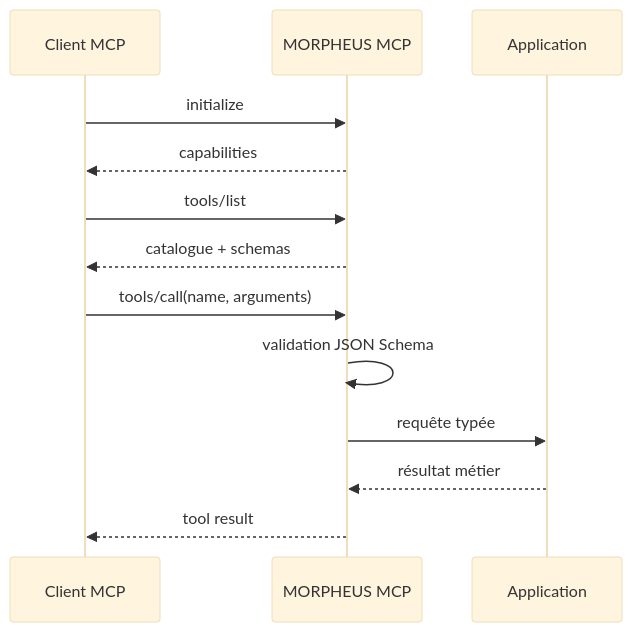
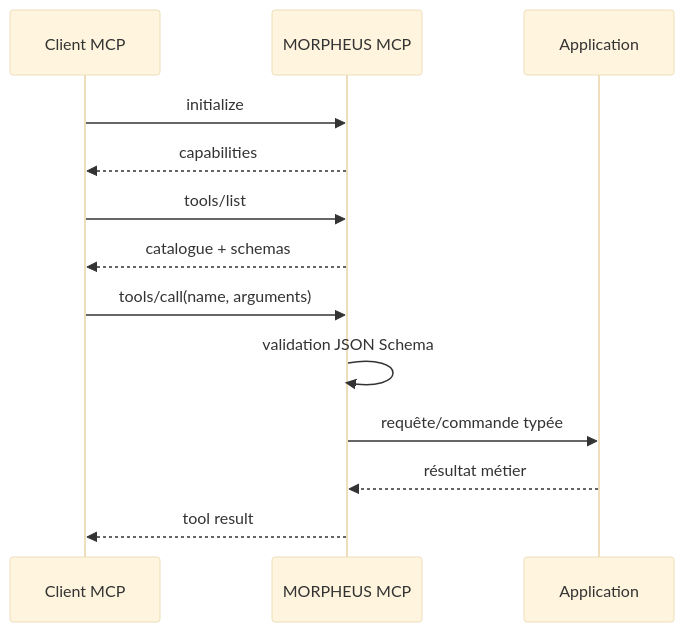
The second of 5 diagrams in docs/developer/MCP.md (FTurleque/morpheus-engine), drawn with Mermaid (base theme) before and after one commit. The commit also changed other lines of this file, not shown here.

````diff
--- a/docs/developer/MCP.md
+++ b/docs/developer/MCP.md
@@ -38,16 +47,16 @@
 ```mermaid
 sequenceDiagram
     participant Client as Client MCP
     participant Server as MORPHEUS MCP
     participant App as Application
 
     Client->>Server: initialize
     Server-->>Client: capabilities
     Client->>Server: tools/list
     Server-->>Client: catalogue + schemas
     Client->>Server: tools/call(name, arguments)
     Server->>Server: validation JSON Schema
-    Server->>App: requête typée
+    Server->>App: requête/commande typée
     App-->>Server: résultat métier
     Server-->>Client: tool result
 ```
````
